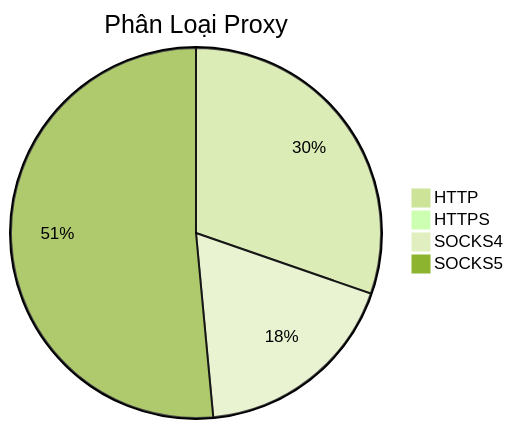
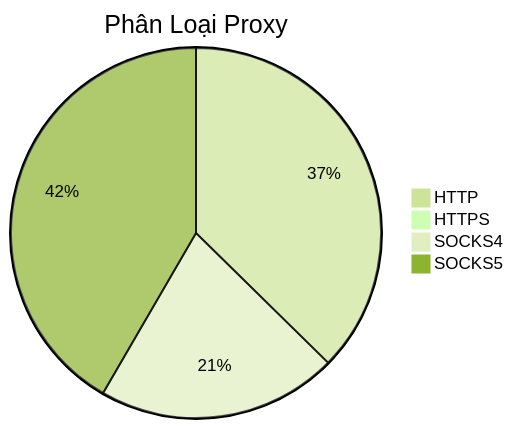
Before and after one commit to Ciara-Aa/PROXY-free: the diagram in README.md, drawn with Mermaid (forest theme). The commit also changed other lines of this file and 4 other files, not shown here.

````diff
--- a/README.md
+++ b/README.md
@@ -26,7 +26,7 @@
 ```mermaid
 pie title Phân Loại Proxy
-    "HTTP" : 561
-    "HTTPS" : 1
-    "SOCKS4" : 337
-    "SOCKS5" : 953
+    "HTTP" : 464
+    "HTTPS" : 2
+    "SOCKS4" : 261
+    "SOCKS5" : 517
 ```
````
